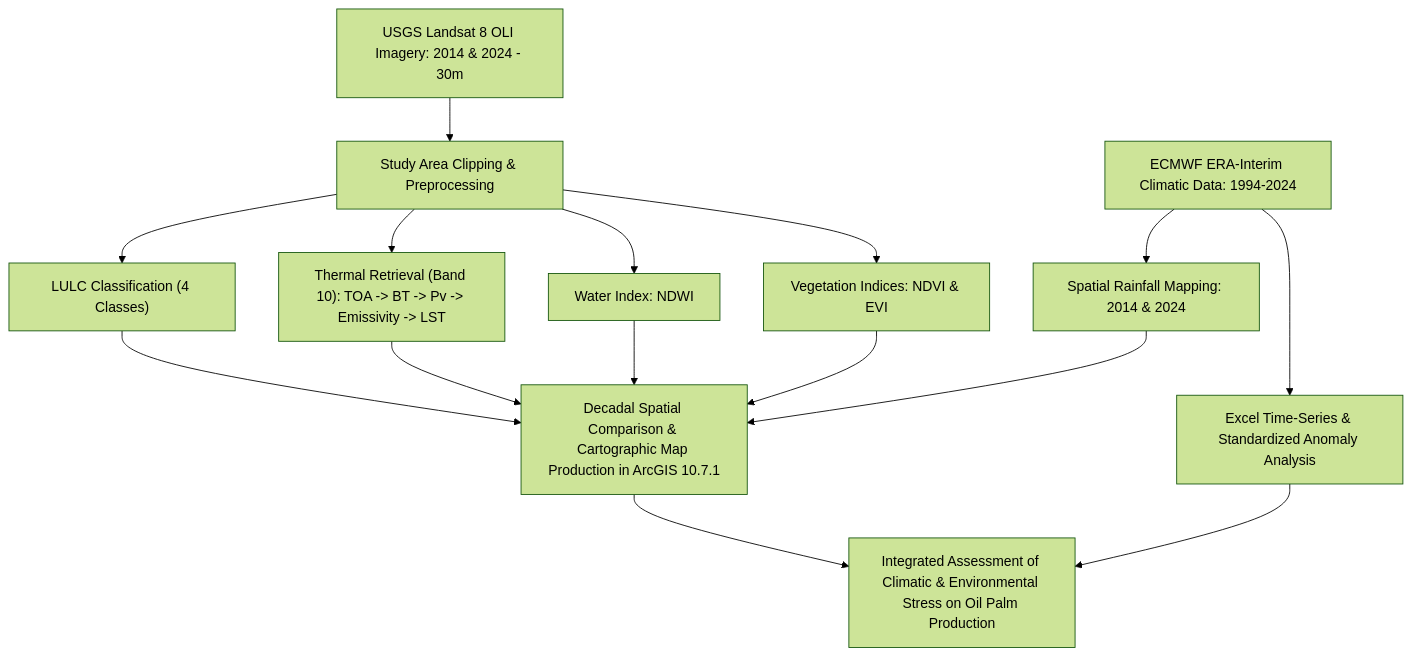
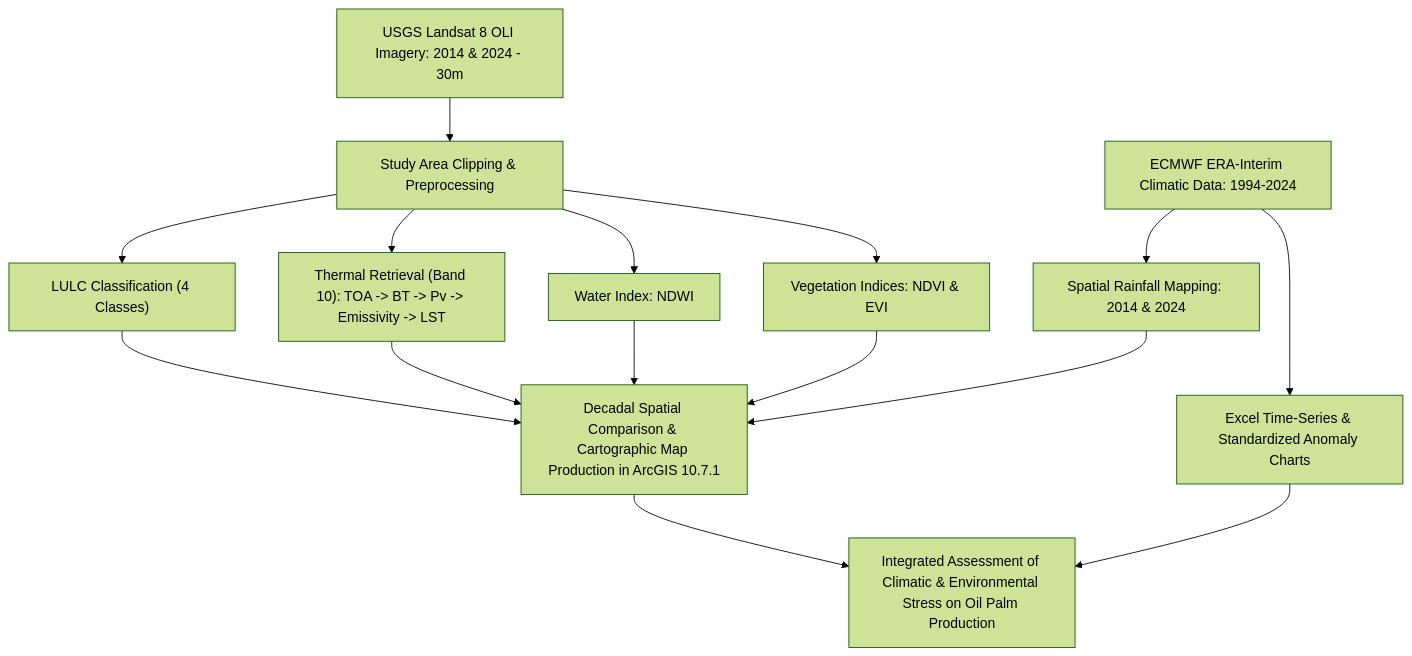
Before and after one commit to oluwasegunopaul-hub/Geospatial_Remote_Sensing_Portfolio: the diagram in climate_change_public_perception_oil_palm_production/README.md, drawn with Mermaid (forest theme). The commit also changed other lines of this file, not shown here.

````diff
--- a/climate_change_public_perception_oil_palm_production/README.md
+++ b/climate_change_public_perception_oil_palm_production/README.md
@@ -96,14 +90,14 @@
 ```mermaid
 flowchart TD
     A[USGS Landsat 8 OLI Imagery: 2014 & 2024 - 30m] --> B[Study Area Clipping & Preprocessing]
     B --> C["Vegetation Indices: NDVI & EVI"]
     B --> D["Water Index: NDWI"]
     B --> E["Thermal Retrieval (Band 10): TOA -> BT -> Pv -> Emissivity -> LST"]
     B --> F["LULC Classification (4 Classes)"]
 
-    G[ECMWF ERA-Interim Climatic Data: 1994-2024] --> H[Excel Time-Series & Standardized Anomaly Analysis]
+    G[ECMWF ERA-Interim Climatic Data: 1994-2024] --> H[Excel Time-Series & Standardized Anomaly Charts]
     G --> I[Spatial Rainfall Mapping: 2014 & 2024]
 
     C & D & E & F & I --> J[Decadal Spatial Comparison & Cartographic Map Production in ArcGIS 10.7.1]
     H & J --> K[Integrated Assessment of Climatic & Environmental Stress on Oil Palm Production]
 ```
````
